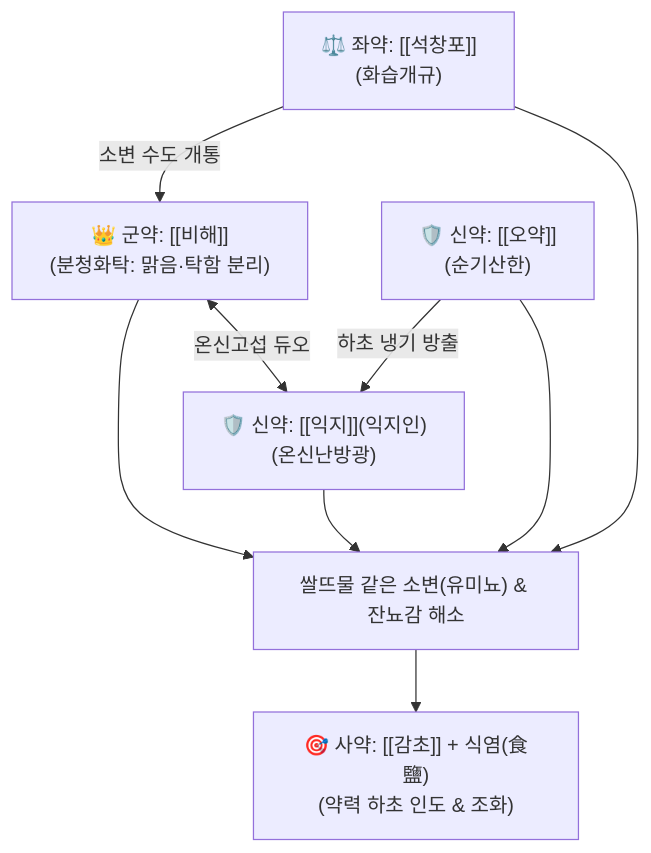
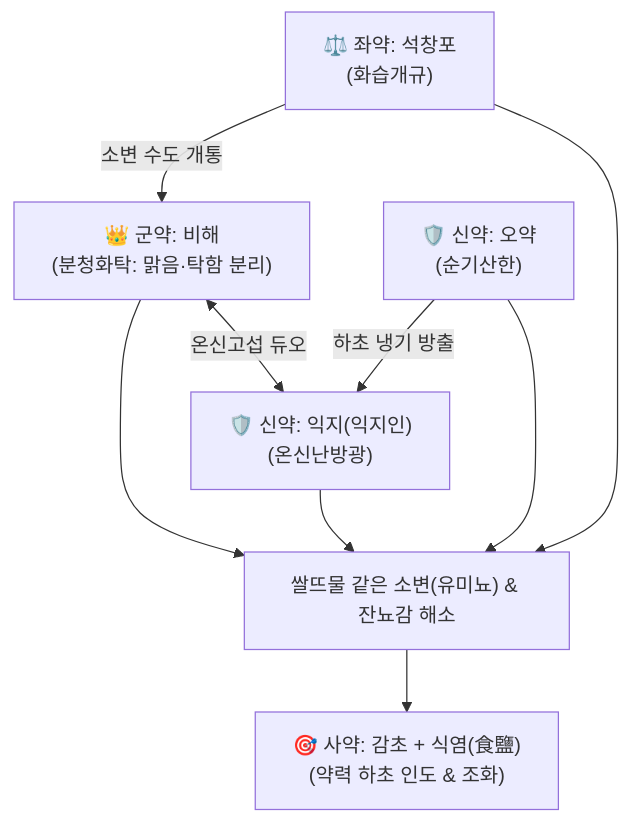
The diagram in content/2. 약리 공부/처방/03_화담·거습·이수제/비해분청음.md (simbio11/simbio-digital-garden2), drawn with Mermaid before and after one commit. The commit also changed other lines of this file and 323 other files, not shown here.

````diff
--- a/content/2. 약리 공부/처방/03_화담·거습·이수제/비해분청음.md
+++ b/content/2. 약리 공부/처방/03_화담·거습·이수제/비해분청음.md
@@ -51,8 +52,8 @@
 ```mermaid
 graph TD
-    BH["👑 군약: [[비해]]<br>(분청화탁: 맑음·탁함 분리)"] <-->|온신고섭 듀오| IJ["🛡️ 신약: [[익지]](익지인)<br>(온신난방광)"]
-    OY["🛡️ 신약: [[오약]]<br>(순기산한)"] -->|하초 냉기 방출| IJ
-    CP["⚖️ 좌약: [[석창포]]<br>(화습개규)"] -->|소변 수도 개통| BH
+    BH["👑 군약: 비해<br>(분청화탁: 맑음·탁함 분리)"] <-->|온신고섭 듀오| IJ["🛡️ 신약: 익지(익지인)<br>(온신난방광)"]
+    OY["🛡️ 신약: 오약<br>(순기산한)"] -->|하초 냉기 방출| IJ
+    CP["⚖️ 좌약: 석창포<br>(화습개규)"] -->|소변 수도 개통| BH
     BH & IJ & OY & CP --> X["쌀뜨물 같은 소변(유미뇨) & 잔뇨감 해소"]
-    X --> GC["🎯 사약: [[감초]] + 식염(食鹽)<br>(약력 하초 인도 & 조화)"]
+    X --> GC["🎯 사약: 감초 + 식염(食鹽)<br>(약력 하초 인도 & 조화)"]
 ```
````
